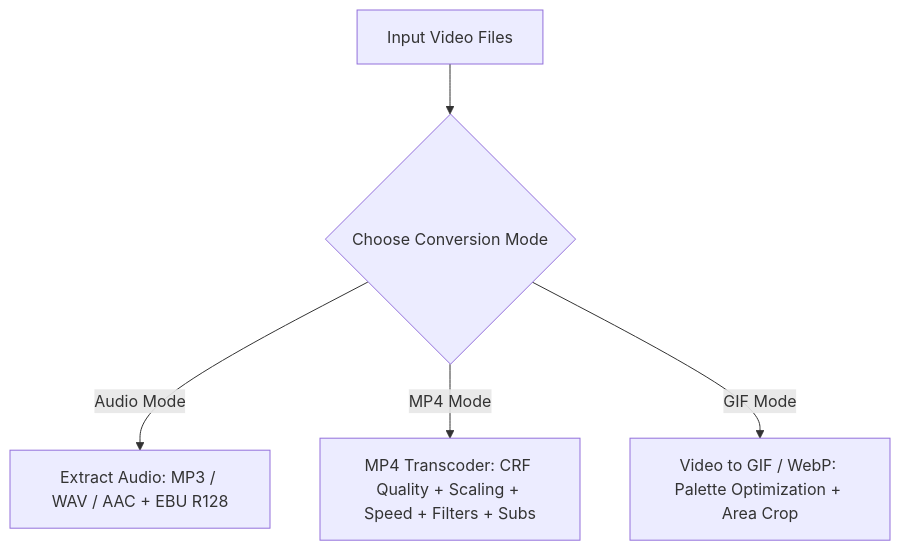
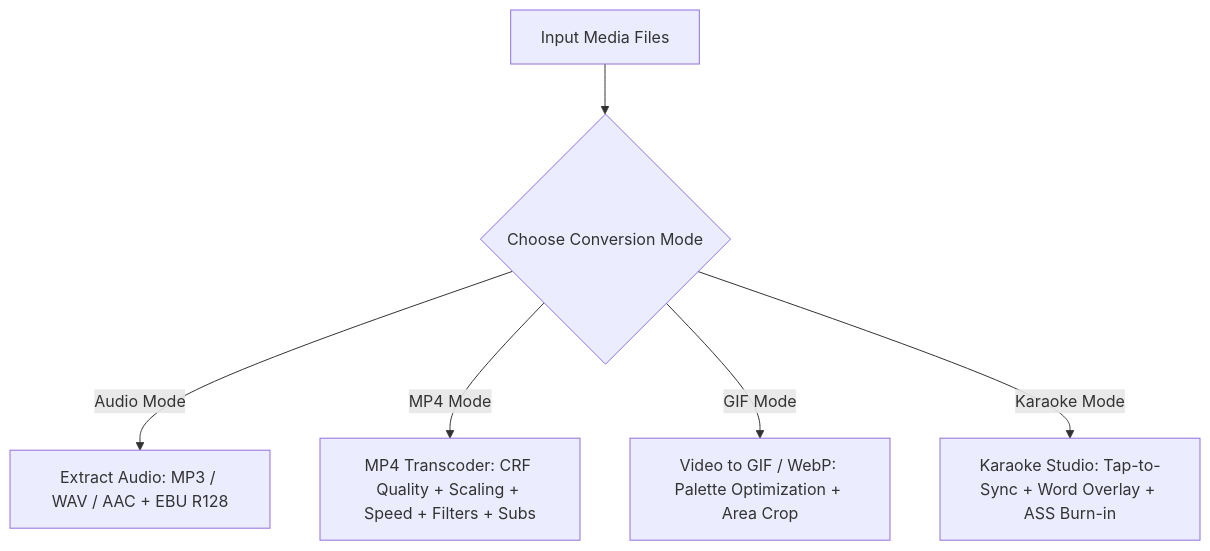
One commit to Sorairei/beetales-converter changed the first of 2 diagrams in README.md. Above: the diagram before and after it, drawn with Mermaid. The commit also changed other lines of this file, not shown here.

````diff
--- a/README.md
+++ b/README.md
@@ -82,7 +83,8 @@
 ```mermaid
 graph TD
-    A[Input Video Files] --> B{Choose Conversion Mode}
+    A[Input Media Files] --> B{Choose Conversion Mode}
     B -->|Audio Mode| C[Extract Audio: MP3 / WAV / AAC + EBU R128]
     B -->|MP4 Mode| D[MP4 Transcoder: CRF Quality + Scaling + Speed + Filters + Subs]
     B -->|GIF Mode| E[Video to GIF / WebP: Palette Optimization + Area Crop]
+    B -->|Karaoke Mode| F[Karaoke Studio: Tap-to-Sync + Word Overlay + ASS Burn-in]
 ```
````
